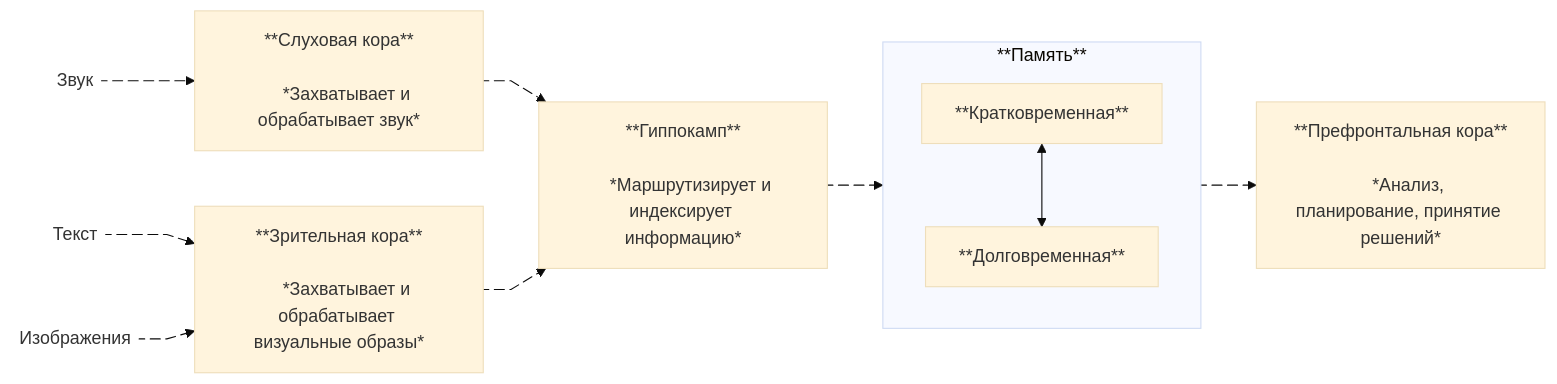
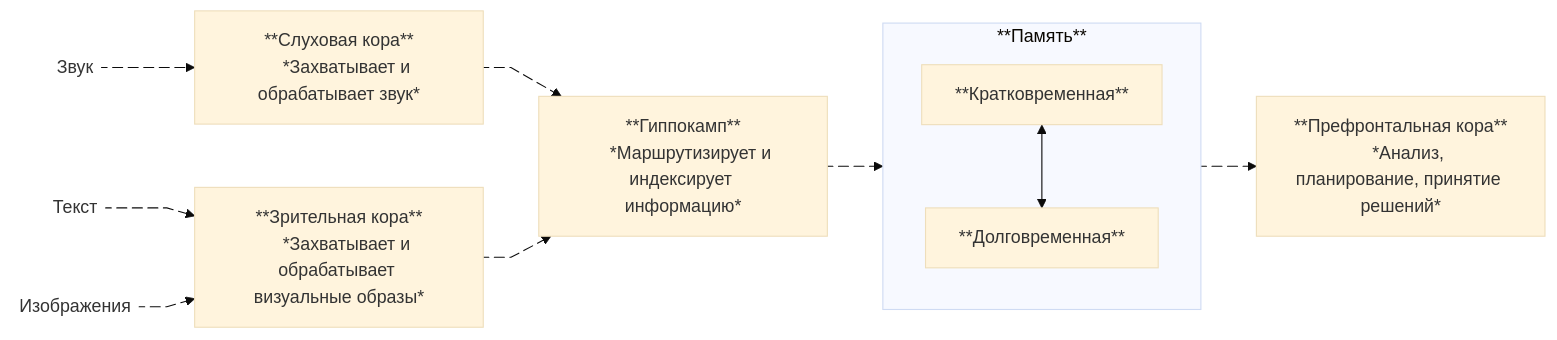
One commit to zavarovkv/zavarov.com changed the first of 2 diagrams in content/blog/second-brain.md. Above: the diagram before and after it, drawn with Mermaid (base theme). The commit also changed other lines of this file, not shown here.

Commit message:
Update second-brain article: add data privacy note, remove <br> tags, delete placeholder ending

```diff
--- a/content/blog/second-brain.md
+++ b/content/blog/second-brain.md
@@ -14,29 +14,29 @@
 {{< mermaid >}}
 graph LR
     S@{ shape: text, label: "Звук" }
     T@{ shape: text, label: "Текст" }
     I@{ shape: text, label: "Изображения" }
-    S e1@--> A[**Слуховая кора**<br>
+    S e1@--> A[**Слуховая кора**
     *Захватывает и обрабатывает звук*]
-    T e2@--> B[**Зрительная кора**<br>
+    T e2@--> B[**Зрительная кора**
     *Захватывает и обрабатывает визуальные образы*]
     I e3@--> B
-    A e4@--> C[**Гиппокамп**<br>
+    A e4@--> C[**Гиппокамп**
     *Маршрутизирует и индексирует информацию*]
     B e5@--> C
     C e6@--> mem
-    mem e7@--> F[**Префронтальная кора**<br>
+    mem e7@--> F[**Префронтальная кора**
     *Анализ, планирование, принятие решений*]
     e1@{ animate: true, curve: linear }
     e2@{ animate: true, curve: linear }
     e3@{ animate: true, curve: linear }
     e4@{ animate: true, curve: linear }
     e5@{ animate: true, curve: linear }
     e6@{ animate: true, curve: linear }
     e7@{ animate: true, curve: linear }
 
     subgraph mem[**Память**]
         direction TB
         short[**Кратковременная**] <--> long[**Долговременная**]
     end
 {{< /mermaid >}}
```
